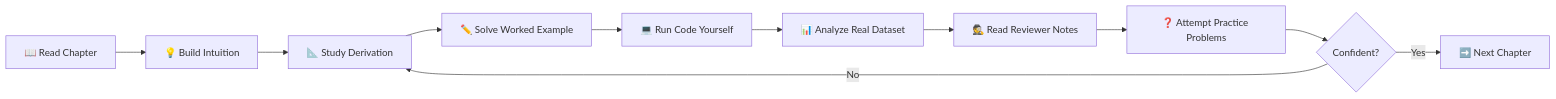
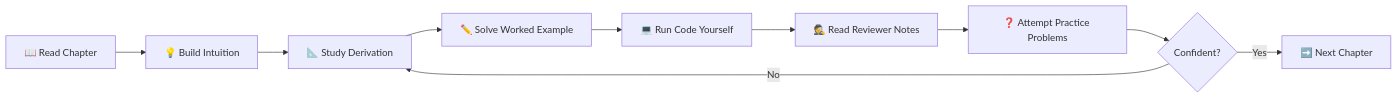
The fourth of 5 diagrams in README.md (muhammadsalek/statistics-for-scientists), drawn with Mermaid before and after one commit. The commit also changed other lines of this file, not shown here.

````diff
--- a/README.md
+++ b/README.md
@@ -507,13 +515,12 @@
 ```mermaid
 flowchart LR
     A[📖 Read Chapter] --> B[💡 Build Intuition]
     B --> C[📐 Study Derivation]
     C --> D[✏️ Solve Worked Example]
     D --> E[💻 Run Code Yourself]
-    E --> F[📊 Analyze Real Dataset]
-    F --> G[🕵️ Read Reviewer Notes]
-    G --> H[❓ Attempt Practice Problems]
-    H --> I{Confident?}
-    I -->|No| C
-    I -->|Yes| J[➡️ Next Chapter]
+    E --> F[🕵️ Read Reviewer Notes]
+    F --> G[❓ Attempt Practice Problems]
+    G --> H{Confident?}
+    H -->|No| C
+    H -->|Yes| I[➡️ Next Chapter]
 ```
````
